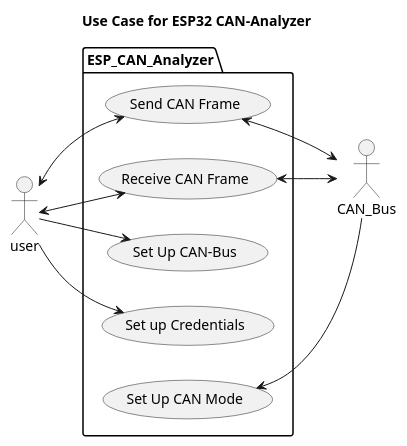
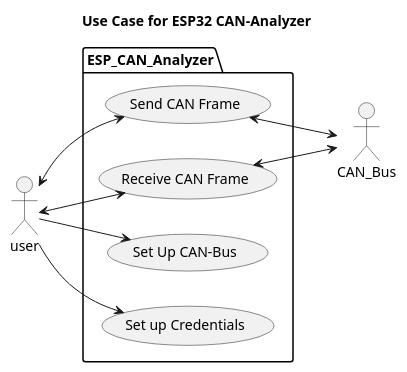
The diagram in Coding/fw/doc/design/UseCaseAnalyzer.plantuml (NewTec-GmbH/esp32-can-iot), drawn with PlantUML before and after one commit.

Commit message:
Deleted Incorrect UseCase in Diagram

```diff
--- a/Coding/fw/doc/design/UseCaseAnalyzer.plantuml
+++ b/Coding/fw/doc/design/UseCaseAnalyzer.plantuml
@@ -1,26 +1,23 @@
 @startuml
 title Use Case for ESP32 CAN-Analyzer
 left to right direction
 
 actor user as user
 actor CAN_Bus as bus
 
 package ESP_CAN_Analyzer{
     usecase "Send CAN Frame" as UC1
     usecase "Receive CAN Frame" as UC2
     usecase "Set Up CAN-Bus" as UC3
     usecase "Set up Credentials" as UC4
-    usecase "Set Up CAN Mode" as UC5
 }
 
 user <--> UC1
 user <--> UC2
 user --> UC3
 user --> UC4
 
 UC1 <--> bus
 UC2 <--> bus
-UC5 <-- bus
-
 
 @enduml
```
